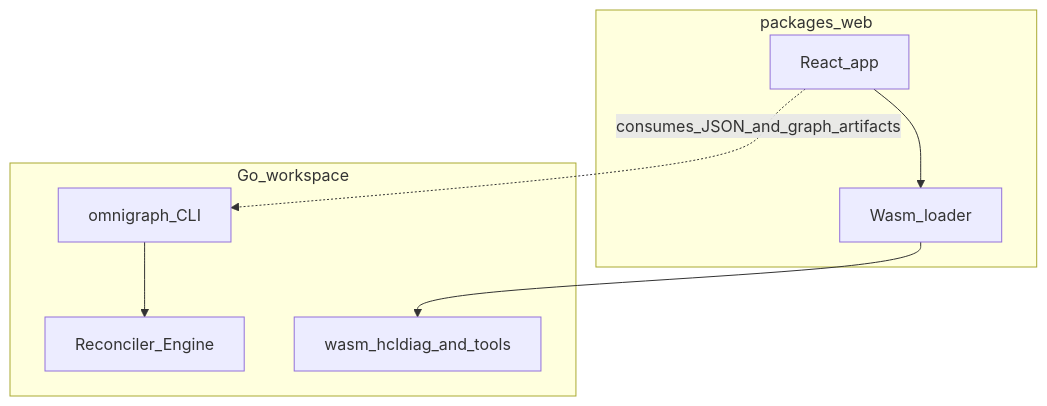
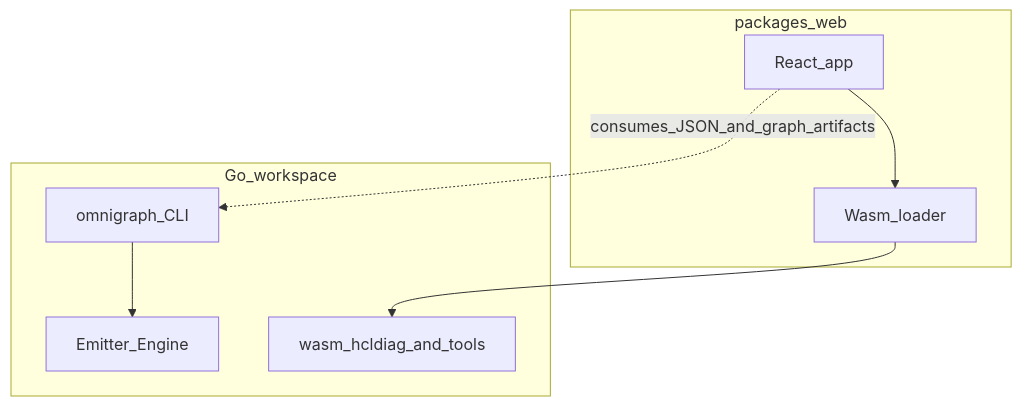
One commit to kennetholsenatm-gif/OmniGraph changed the first of 2 diagrams in docs/development/platform-architecture.md. Above: the diagram before and after it, drawn with Mermaid. The commit also changed other lines of this file and 22 other files, not shown here.

First line of the commit message:
refactor: Emitter Engine (pkg/emitter) vs manifest reconciliation

````diff
--- a/docs/development/platform-architecture.md
+++ b/docs/development/platform-architecture.md
@@ -31,16 +31,16 @@
 ```mermaid
 flowchart TB
   subgraph frontend [packages_web]
     UI[React_app]
     WasmHost[Wasm_loader]
   end
   subgraph goWork [Go_workspace]
     CLI[omnigraph_CLI]
-    Reconciler[Reconciler_Engine]
+    Emitter[Emitter_Engine]
     WasmMod[wasm_hcldiag_and_tools]
   end
   UI --> WasmHost
   WasmHost --> WasmMod
   UI -. consumes_JSON_and_graph_artifacts .-> CLI
-  CLI --> Reconciler
+  CLI --> Emitter
 ```
````
